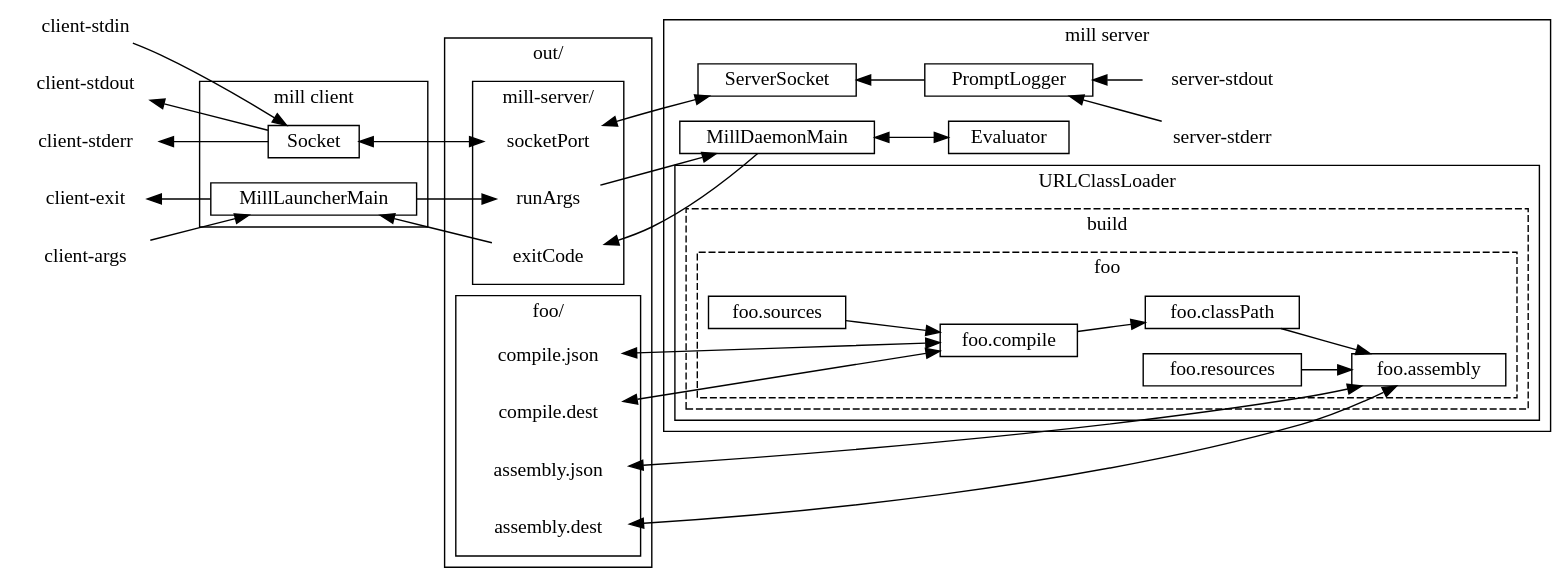
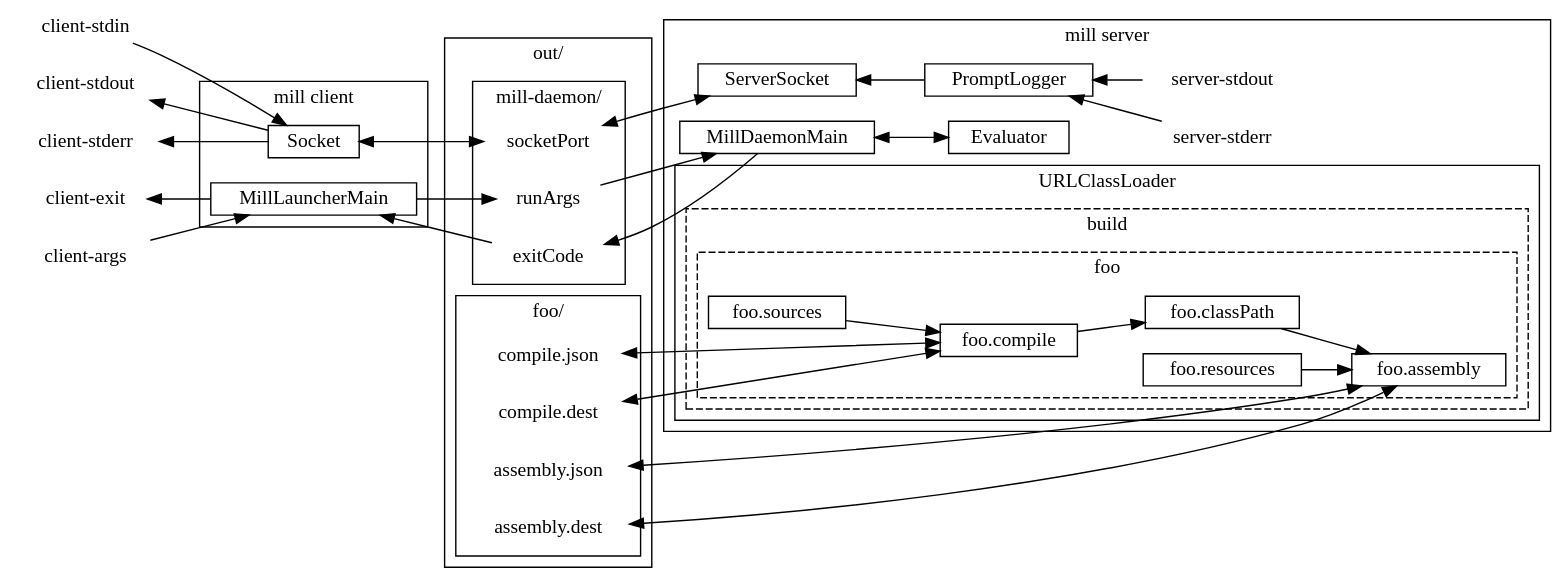
Before and after one commit to com-lihaoyi/mill: the diagram in website/docs/modules/ROOT/pages/depth/process-architecture.adoc, drawn with Graphviz. The commit also changed other lines of this file and 25 other files, not shown here.

```diff
--- a/website/docs/modules/ROOT/pages/depth/process-architecture.adoc
+++ b/website/docs/modules/ROOT/pages/depth/process-architecture.adoc
@@ -34,7 +34,7 @@
 
 
     subgraph cluster_mill_server_folder {
-      label = "mill-server/";
+      label = "mill-daemon/";
       "socketPort" [penwidth=0]
       "exitCode" [penwidth=0]
       "runArgs" [penwidth=0]
```
